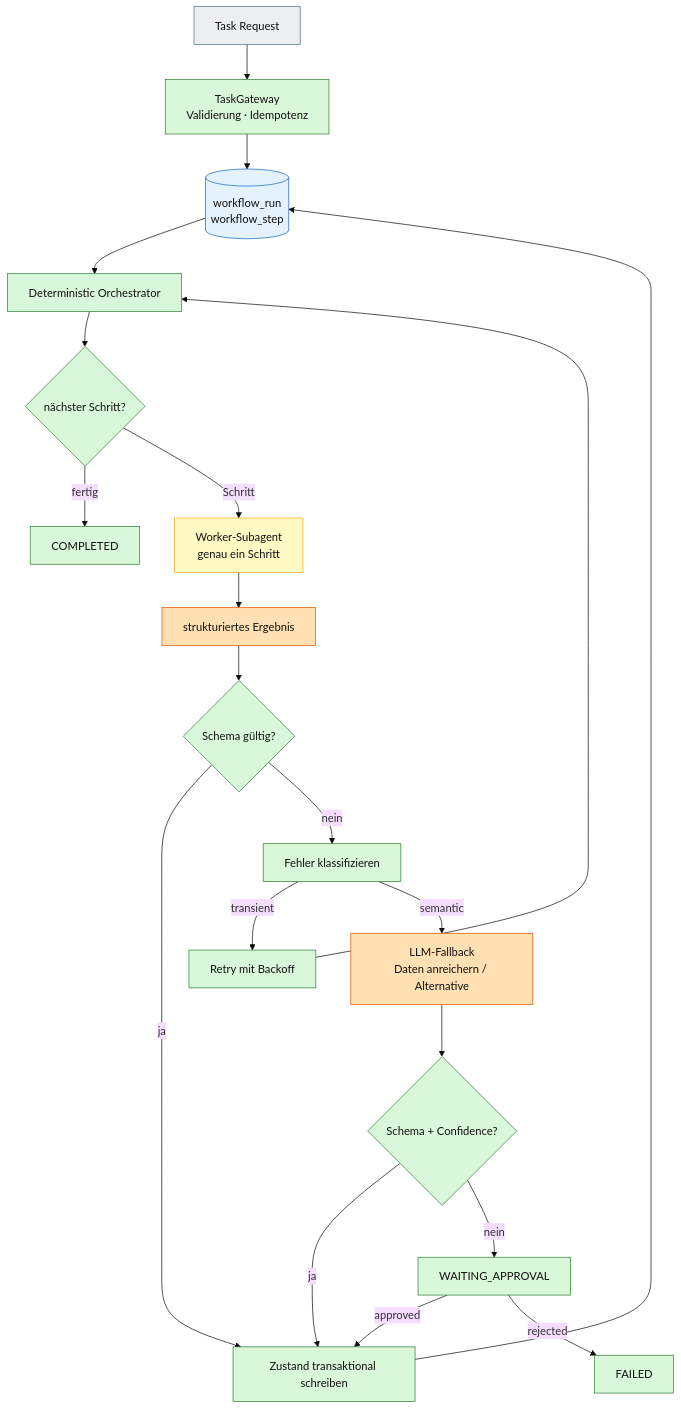
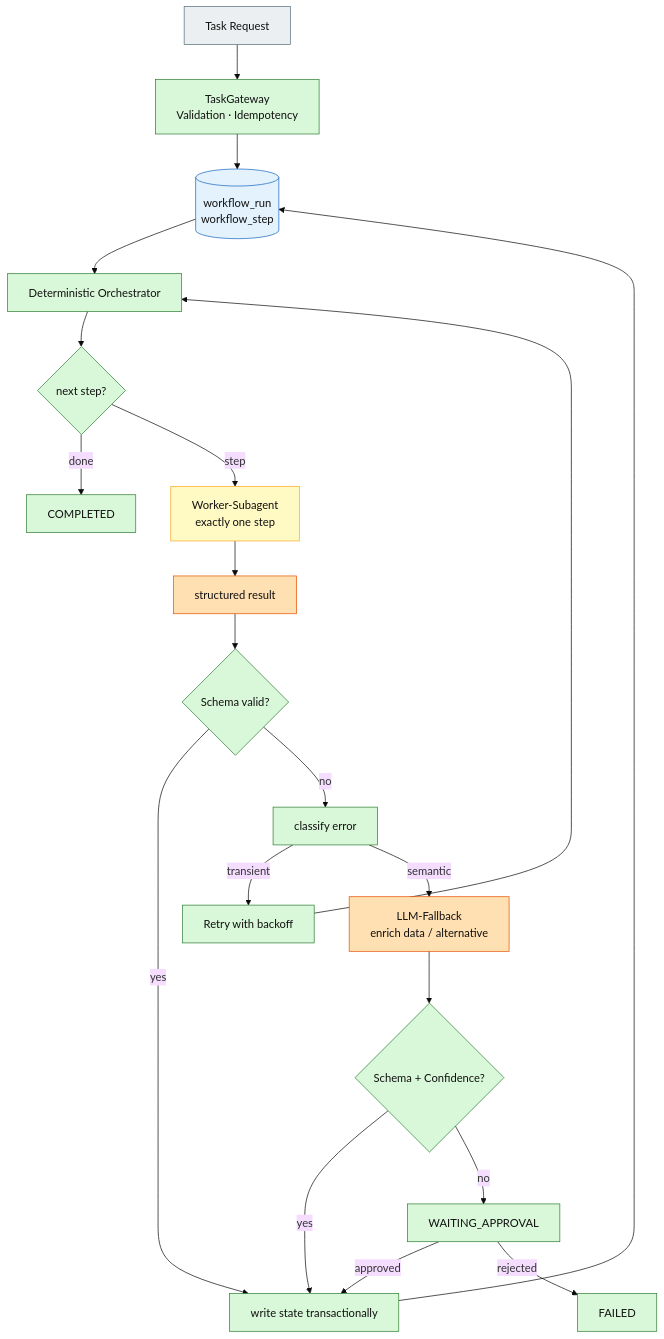
The second of 3 diagrams in docs/diagrams/08-agent-orchestrator.md (augmentia-de/QOC), drawn with Mermaid (base theme) before and after one commit. The commit also changed other lines of this file and 71 other files, not shown here.

````diff
--- a/docs/diagrams/08-agent-orchestrator.md
+++ b/docs/diagrams/08-agent-orchestrator.md
@@ -75,28 +75,28 @@
 ```mermaid
 flowchart TD
-  Req["Task Request"]:::ext --> Gateway["TaskGateway<br/>Validierung · Idempotenz"]:::det
+  Req["Task Request"]:::ext --> Gateway["TaskGateway<br/>Validation · Idempotency"]:::det
   Gateway --> Db[("workflow_run<br/>workflow_step")]:::store
   Db --> Orch["Deterministic Orchestrator"]:::det
-  Orch --> Next{"nächster Schritt?"}:::det
-  Next -->|"fertig"| Done["COMPLETED"]:::det
-  Next -->|"Schritt"| Worker["Worker-Subagent<br/>genau ein Schritt"]:::mixed
-  Worker --> Result["strukturiertes Ergebnis"]:::llm
-  Result --> Validate{"Schema gültig?"}:::det
-  Validate -->|"ja"| Tx["Zustand transaktional schreiben"]:::det
+  Orch --> Next{"next step?"}:::det
+  Next -->|"done"| Done["COMPLETED"]:::det
+  Next -->|"step"| Worker["Worker-Subagent<br/>exactly one step"]:::mixed
+  Worker --> Result["structured result"]:::llm
+  Result --> Validate{"Schema valid?"}:::det
+  Validate -->|"yes"| Tx["write state transactionally"]:::det
   Tx --> Db
-  Validate -->|"nein"| Classify["Fehler klassifizieren"]:::det
-  Classify -->|"transient"| Retry["Retry mit Backoff"]:::det
+  Validate -->|"no"| Classify["classify error"]:::det
+  Classify -->|"transient"| Retry["Retry with backoff"]:::det
   Retry --> Orch
-  Classify -->|"semantic"| Fallback["LLM-Fallback<br/>Daten anreichern / Alternative"]:::llm
+  Classify -->|"semantic"| Fallback["LLM-Fallback<br/>enrich data / alternative"]:::llm
   Fallback --> FValidate{"Schema + Confidence?"}:::det
-  FValidate -->|"ja"| Tx
-  FValidate -->|"nein"| Approval["WAITING_APPROVAL"]:::det
+  FValidate -->|"yes"| Tx
+  FValidate -->|"no"| Approval["WAITING_APPROVAL"]:::det
   Approval -->|"approved"| Tx
   Approval -->|"rejected"| Failed["FAILED"]:::det
 
   classDef det fill:#d9f7d9,stroke:#2e7d32,stroke-width:1px,color:#111;
   classDef llm fill:#ffe0b2,stroke:#e65100,stroke-width:1px,color:#111;
   classDef mixed fill:#fff9c4,stroke:#f9a825,stroke-width:1px,color:#111;
   classDef ext fill:#eceff1,stroke:#546e7a,stroke-width:1px,color:#111;
   classDef store fill:#e3f2fd,stroke:#1565c0,stroke-width:1px,color:#111;
 ```
````
